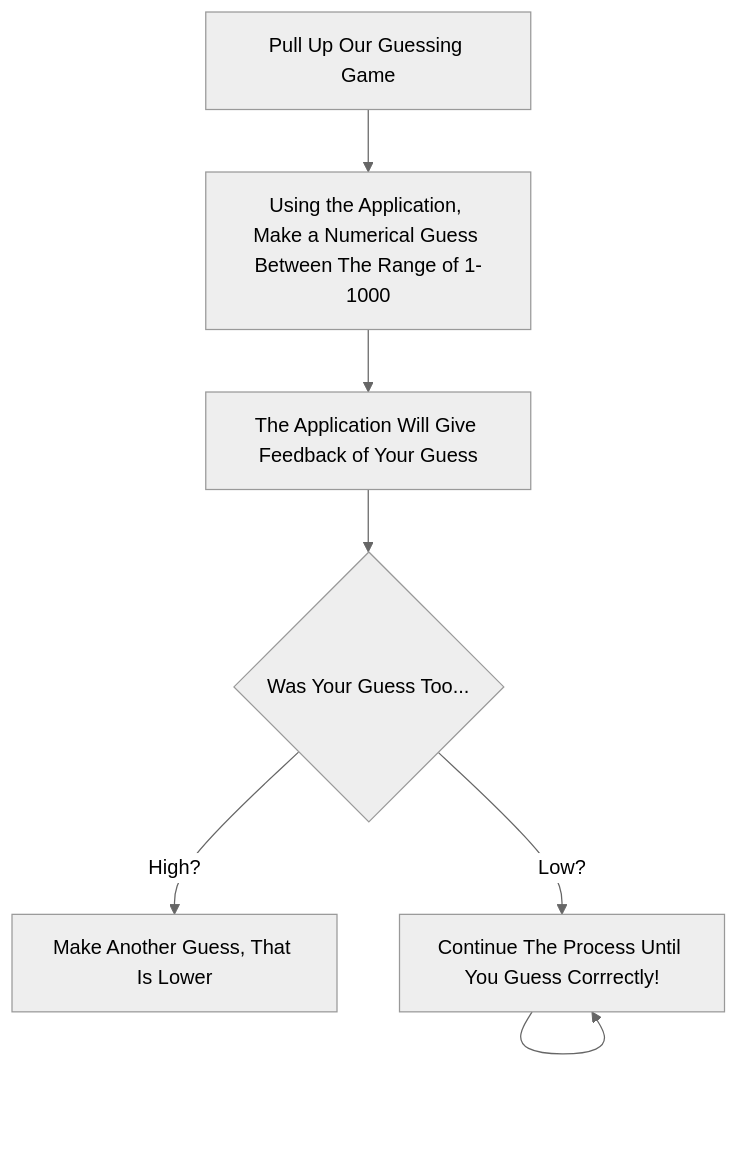
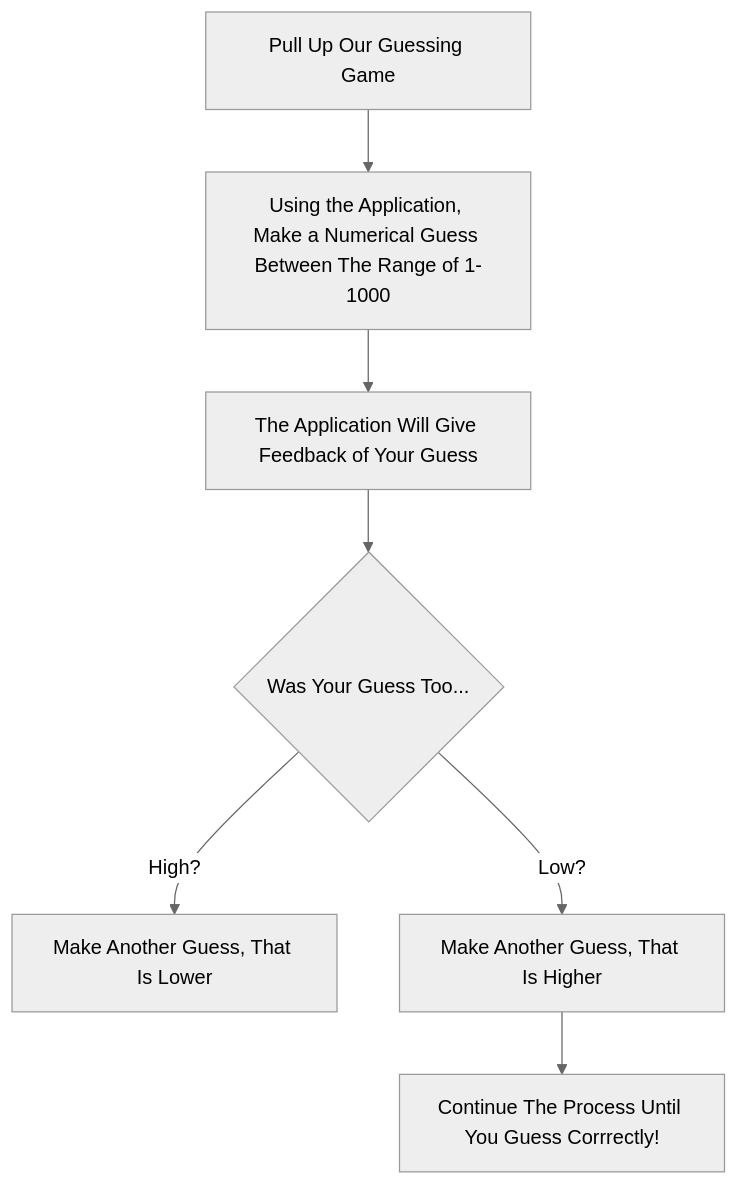
One commit to isagar930/isagar930.github.io changed the diagram in README.md. Above: the diagram before and after it, drawn with Mermaid (neutral theme).

````diff
--- a/README.md
+++ b/README.md
@@ -21,7 +21,7 @@
 ```mermaid
 flowchart TD
 A[Pull Up Our Guessing Game] --> B[Using the Application, Make a Numerical Guess Between The Range of 1-1000] --> C[The Application Will Give Feedback of Your Guess]
 --> D{Was Your Guess Too...}
 D --> |High?| E[Make Another Guess, That Is Lower]
-D --> |Low?| F[Make Another Guess, That Is Higher] --> F[Continue The Process Until You Guess Corrrectly!]
+D --> |Low?| F[Make Another Guess, That Is Higher] --> EF[Continue The Process Until You Guess Corrrectly!]
 ```
````
